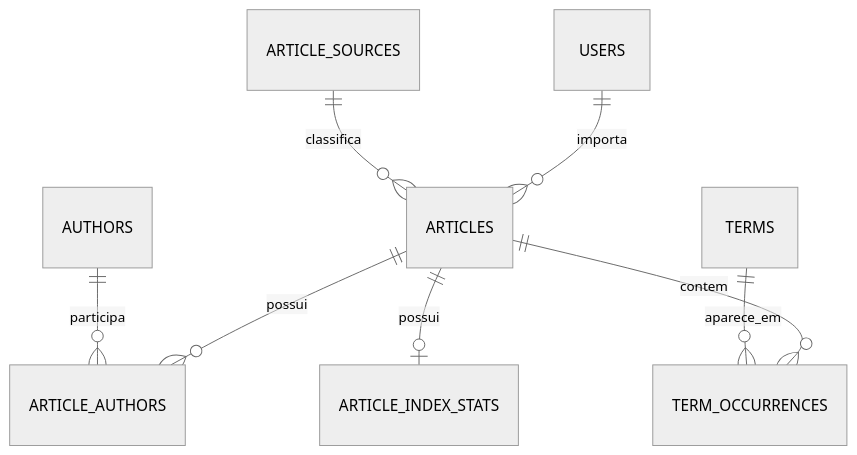
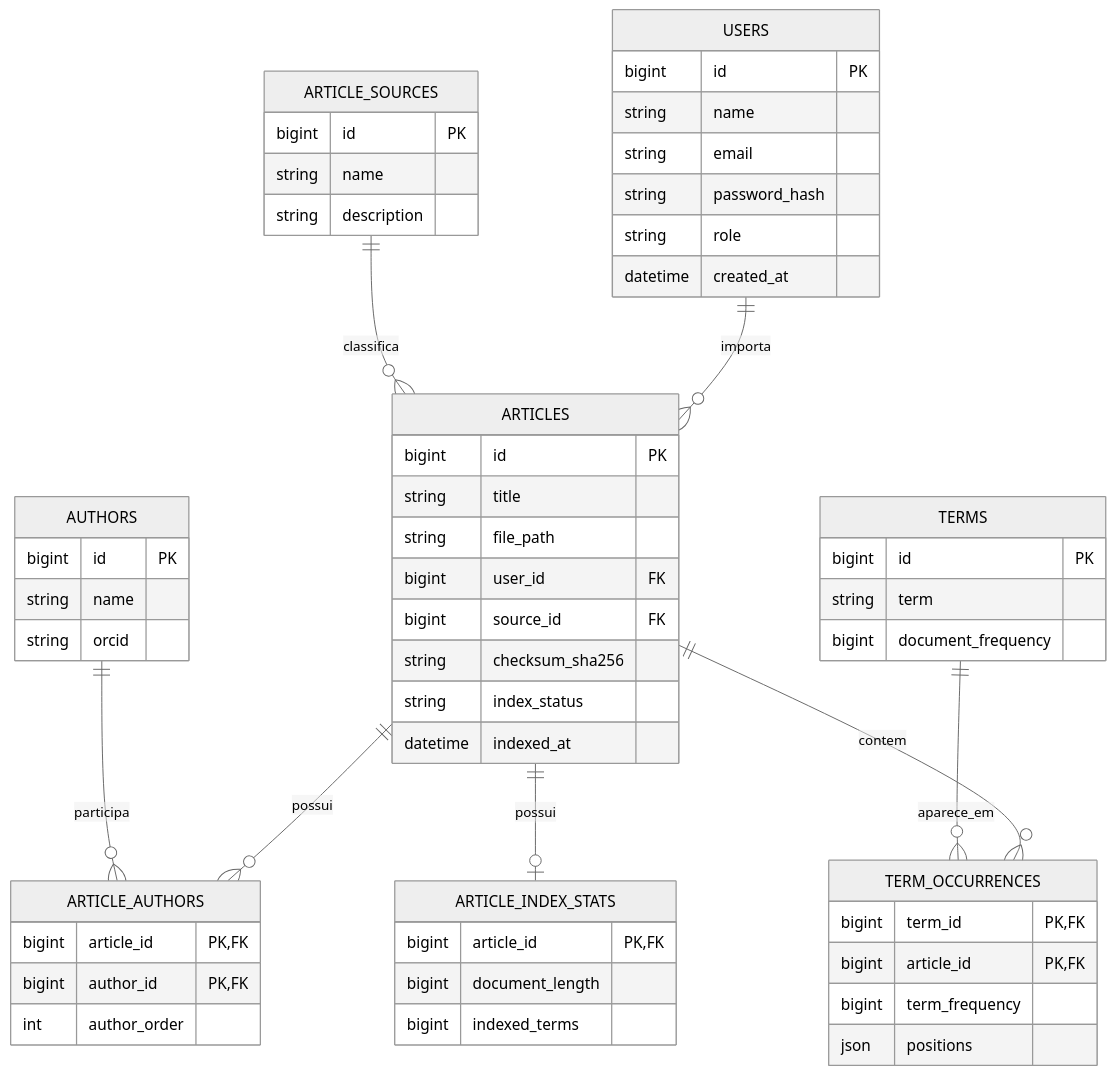
One commit to Tomaz-Arlindo/Concordia changed the first of 2 diagrams in Docs/diagramas.md. Above: the diagram before and after it, drawn with Mermaid (neutral theme). The commit also changed other lines of this file and 4 other files, not shown here.

````diff
--- a/Docs/diagramas.md
+++ b/Docs/diagramas.md
@@ -5,10 +5,60 @@
 ```mermaid
 erDiagram
     USERS ||--o{ ARTICLES : importa
     ARTICLE_SOURCES ||--o{ ARTICLES : classifica
     ARTICLES ||--o{ ARTICLE_AUTHORS : possui
     AUTHORS ||--o{ ARTICLE_AUTHORS : participa
     ARTICLES ||--o{ TERM_OCCURRENCES : contem
     TERMS ||--o{ TERM_OCCURRENCES : aparece_em
     ARTICLES ||--o| ARTICLE_INDEX_STATS : possui
+
+    USERS {
+        bigint id PK
+        string name
+        string email
+        string password_hash
+        string role
+        datetime created_at
+    }
+    ARTICLE_SOURCES {
+        bigint id PK
+        string name
+        string description
+    }
+    ARTICLES {
+        bigint id PK
+        string title
+        string file_path
+        bigint user_id FK
+        bigint source_id FK
+        string checksum_sha256
+        string index_status
+        datetime indexed_at
+    }
+    AUTHORS {
+        bigint id PK
+        string name
+        string orcid
+    }
+    ARTICLE_AUTHORS {
+        bigint article_id PK, FK
+        bigint author_id PK, FK
+        int author_order
+    }
+    TERMS {
+        bigint id PK
+        string term
+        bigint document_frequency
+    }
+    TERM_OCCURRENCES {
+        bigint term_id PK, FK
+        bigint article_id PK, FK
+        bigint term_frequency
+        json positions
+    }
+    ARTICLE_INDEX_STATS {
+        bigint article_id PK, FK
+        bigint document_length
+        bigint indexed_terms
+    }
 ```
````
